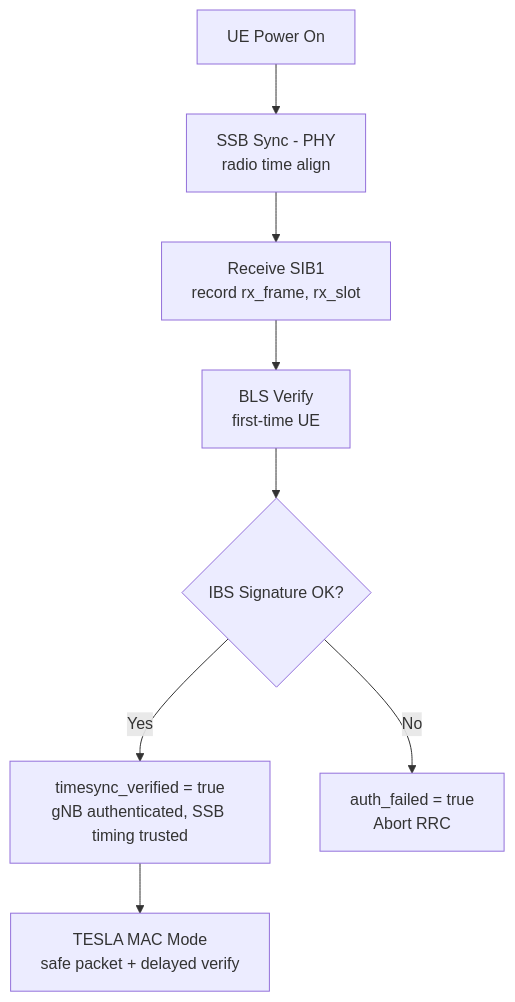
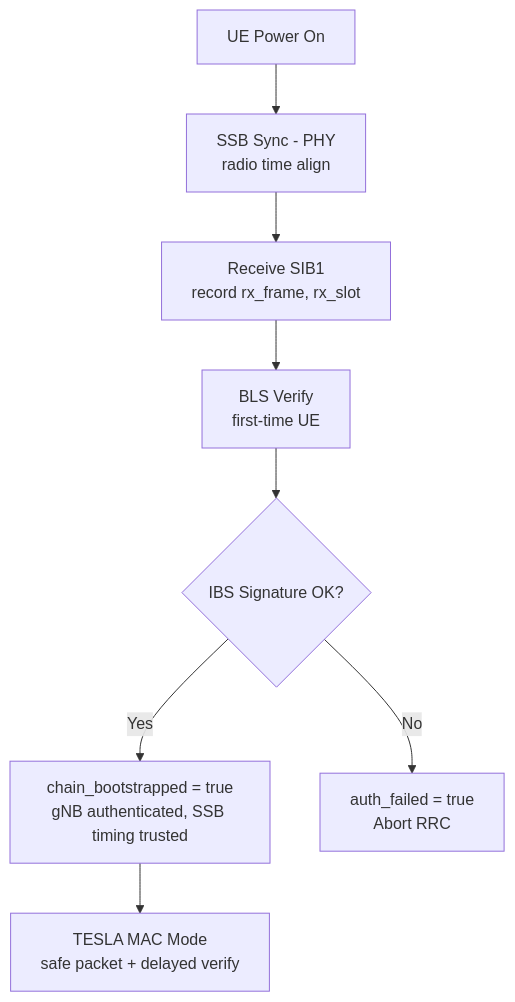
One commit to ssubinsong/oai-tf5 changed the diagram in doc-tf5/time-sync.md. Above: the diagram before and after it, drawn with Mermaid. The commit also changed other lines of this file and 5 other files, not shown here.

Commit message:
refactor: Remove unused timesync_verified flag

````diff
--- a/doc-tf5/time-sync.md
+++ b/doc-tf5/time-sync.md
@@ -274,10 +272,10 @@
 ```mermaid
 flowchart TD
     A[UE Power On] --> B[SSB Sync - PHY<br/>radio time align]
     B --> C[Receive SIB1<br/>record rx_frame, rx_slot]
     C --> D[BLS Verify<br/>first-time UE]
     D --> E{IBS Signature OK?}
-    E -->|Yes| F[timesync_verified = true<br/>gNB authenticated, SSB timing trusted]
+    E -->|Yes| F[chain_bootstrapped = true<br/>gNB authenticated, SSB timing trusted]
     E -->|No| G[auth_failed = true<br/>Abort RRC]
     F --> H[TESLA MAC Mode<br/>safe packet + delayed verify]
 ```
````
